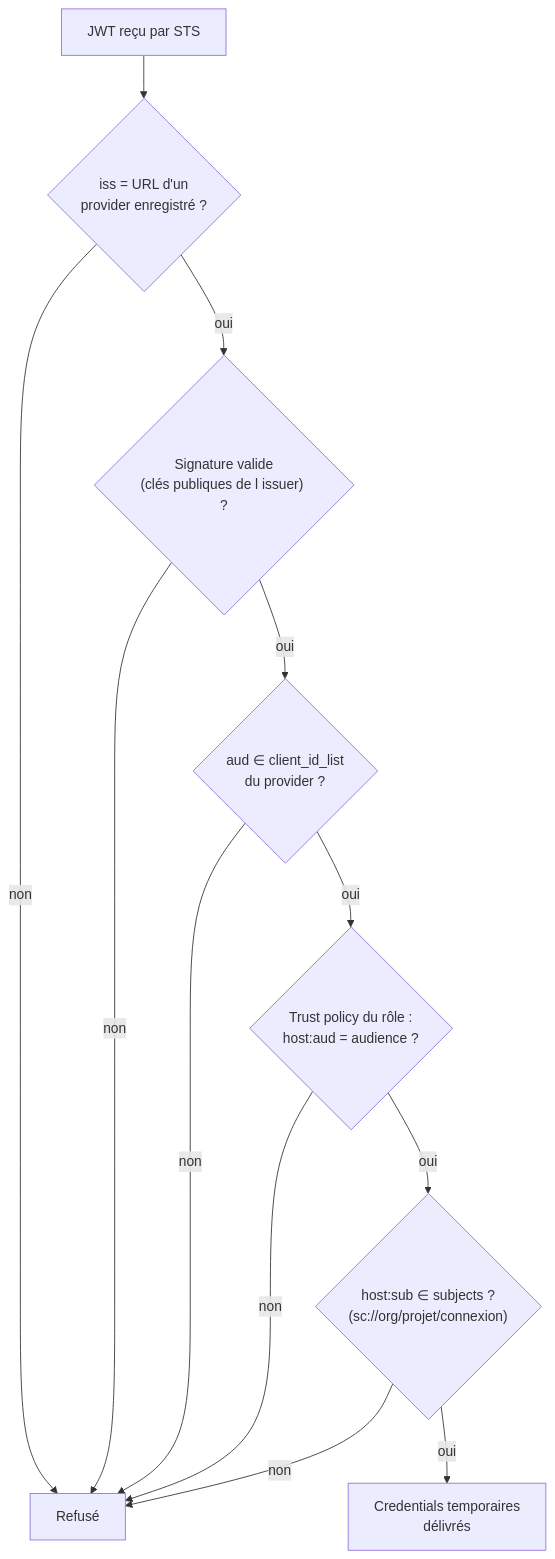
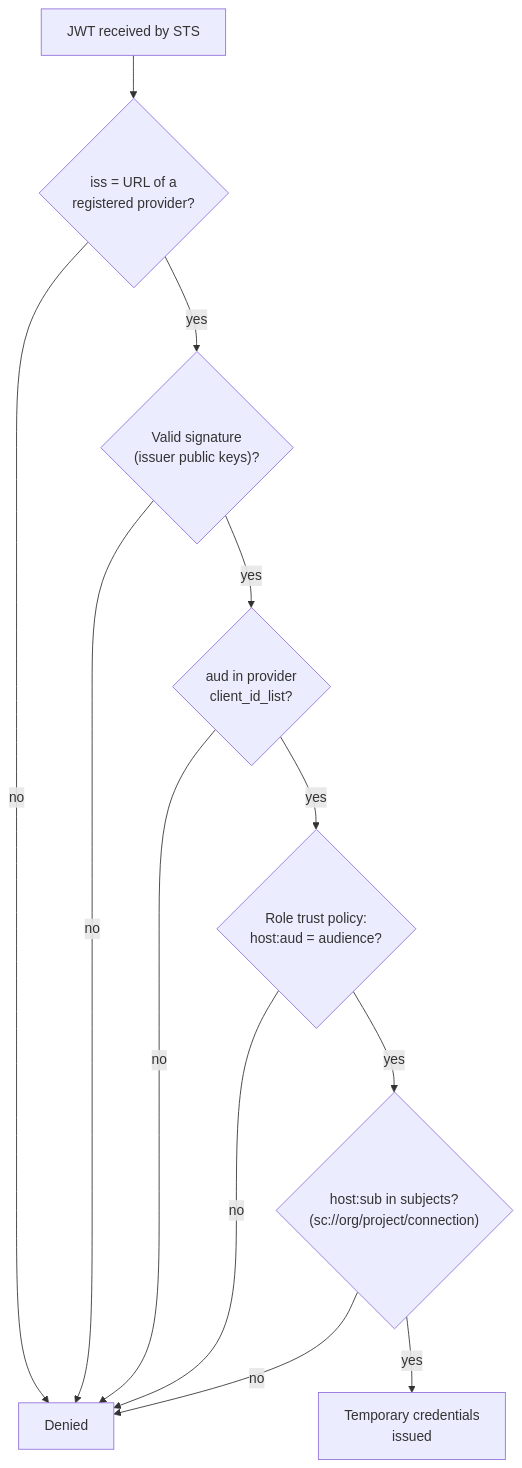
The third of 3 diagrams in docs/architecture.md (galiceau/azdo-aws-oidc), drawn with Mermaid before and after one commit. The commit also changed other lines of this file, not shown here.

Commit message:
docs: translate architecture diagrams to English

````diff
--- a/docs/architecture.md
+++ b/docs/architecture.md
@@ -88,14 +88,14 @@
 ```mermaid
 flowchart TD
-    A[JWT reçu par STS] --> B{"iss = URL d'un<br/>provider enregistré ?"}
-    B -- non --> X[Refusé]
-    B -- oui --> C{"Signature valide<br/>(clés publiques de l issuer) ?"}
-    C -- non --> X
-    C -- oui --> D{"aud ∈ client_id_list<br/>du provider ?"}
-    D -- non --> X
-    D -- oui --> E{"Trust policy du rôle :<br/>host:aud = audience ?"}
-    E -- non --> X
-    E -- oui --> F{"host:sub ∈ subjects ?<br/>(sc://org/projet/connexion)"}
-    F -- non --> X
-    F -- oui --> G[Credentials temporaires<br/>délivrés]
+    A[JWT received by STS] --> B{"iss = URL of a<br/>registered provider?"}
+    B -- no --> X[Denied]
+    B -- yes --> C{"Valid signature<br/>(issuer public keys)?"}
+    C -- no --> X
+    C -- yes --> D{"aud in provider<br/>client_id_list?"}
+    D -- no --> X
+    D -- yes --> E{"Role trust policy:<br/>host:aud = audience?"}
+    E -- no --> X
+    E -- yes --> F{"host:sub in subjects?<br/>(sc://org/project/connection)"}
+    F -- no --> X
+    F -- yes --> G[Temporary credentials<br/>issued]
 ```
````
